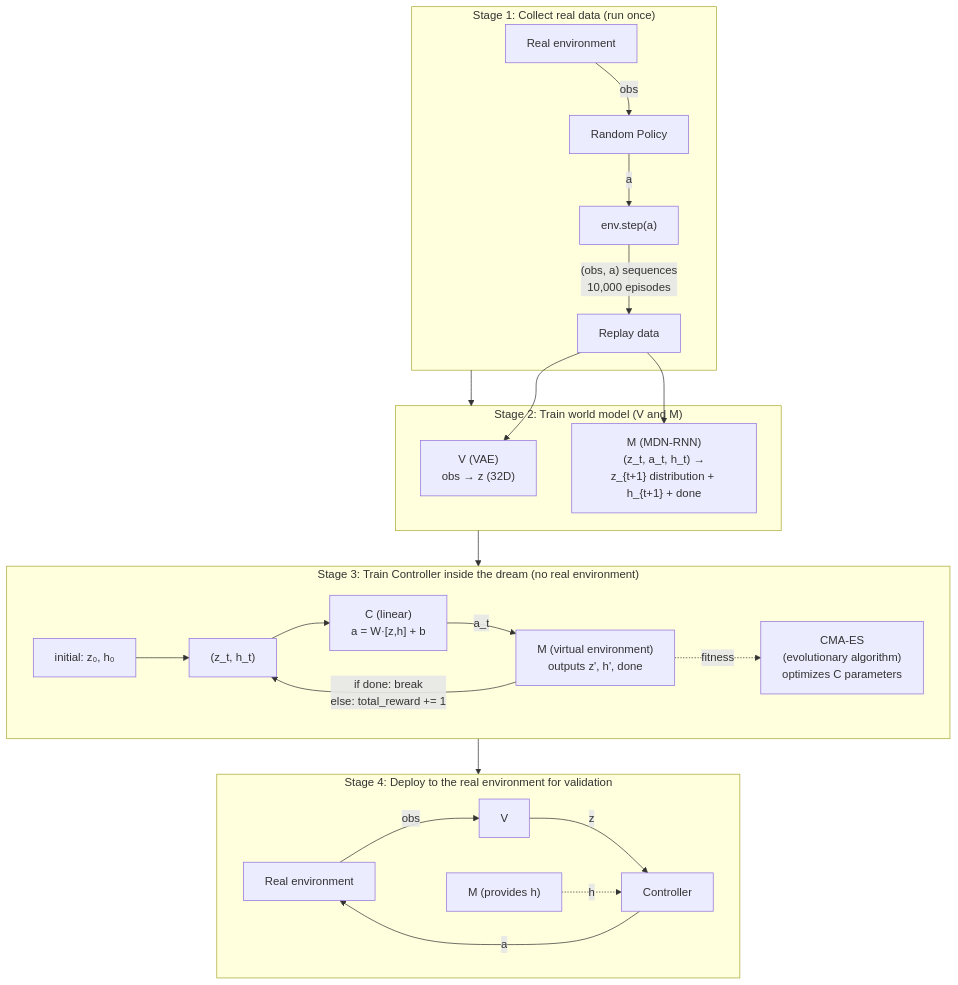
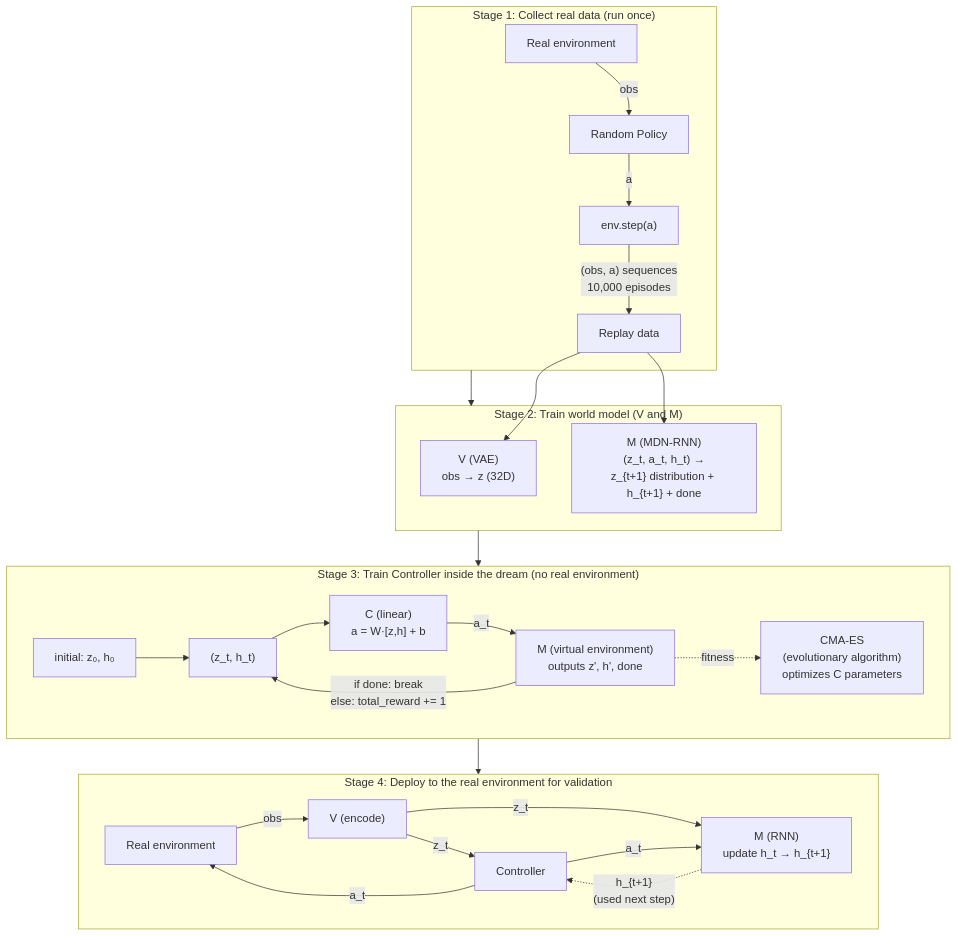
One commit to jinxinzhou/world-model-study changed the third of 3 diagrams in World-Model-Study-Notes.md. Above: the diagram before and after it, drawn with Mermaid. The commit also changed 1 other file, not shown here.

Commit message:
fix: Stage 4 deployment diagram - M is RNN, needs (z_t, a_t) as inputs to update h
Previously M was shown as isolated, only providing h to Controller - misleading.
Now M correctly receives z_t from V and a_t from Controller as inputs.
Updated both ZH and EN versions.

````diff
--- a/World-Model-Study-Notes.md
+++ b/World-Model-Study-Notes.md
@@ -1261,32 +1261,34 @@
    ```mermaid
    flowchart TD
        subgraph S1["Stage 1: Collect real data (run once)"]
            Env1["Real environment"] -->|obs| Random["Random Policy"]
            Random -->|a| Step1["env.step(a)"]
            Step1 -->|"(obs, a) sequences<br/>10,000 episodes"| Data["Replay data"]
        end
 
        subgraph S2["Stage 2: Train world model (V and M)"]
            Data --> V["V (VAE)<br/>obs → z (32D)"]
            Data --> M["M (MDN-RNN)<br/>(z_t, a_t, h_t) →<br/>z_{t+1} distribution + h_{t+1} + done"]
        end
 
        subgraph S3["Stage 3: Train Controller inside the dream (no real environment)"]
            Init["initial: z₀, h₀"] --> State["(z_t, h_t)"]
            State --> C["C (linear)<br/>a = W·[z,h] + b"]
            C -->|a_t| MDream["M (virtual environment)<br/>outputs z', h', done"]
            MDream -->|"if done: break<br/>else: total_reward += 1"| State
            MDream -.->|fitness| CMAES["CMA-ES<br/>(evolutionary algorithm)<br/>optimizes C parameters"]
        end
 
        subgraph S4["Stage 4: Deploy to the real environment for validation"]
-           Env4["Real environment"] -->|obs| V2["V"]
-           V2 -->|z| C2["Controller"]
-           M2["M (provides h)"] -.->|h| C2
-           C2 -->|a| Env4
+           Env4["Real environment"] -->|obs| V2["V (encode)"]
+           V2 -->|"z_t"| C2["Controller"]
+           V2 -->|"z_t"| M2["M (RNN)<br/>update h_t → h_{t+1}"]
+           C2 -->|"a_t"| Env4
+           C2 -->|"a_t"| M2
+           M2 -.->|"h_{t+1}<br/>(used next step)"| C2
        end
 
        S1 --> S2
        S2 --> S3
        S3 --> S4
    ```
````
